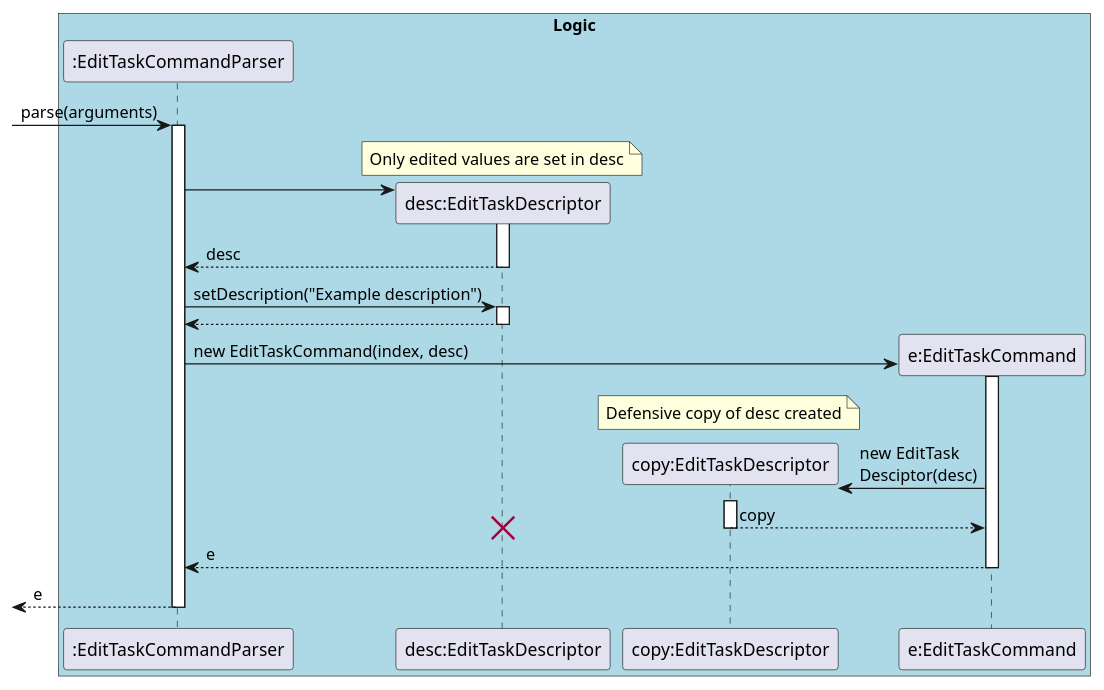
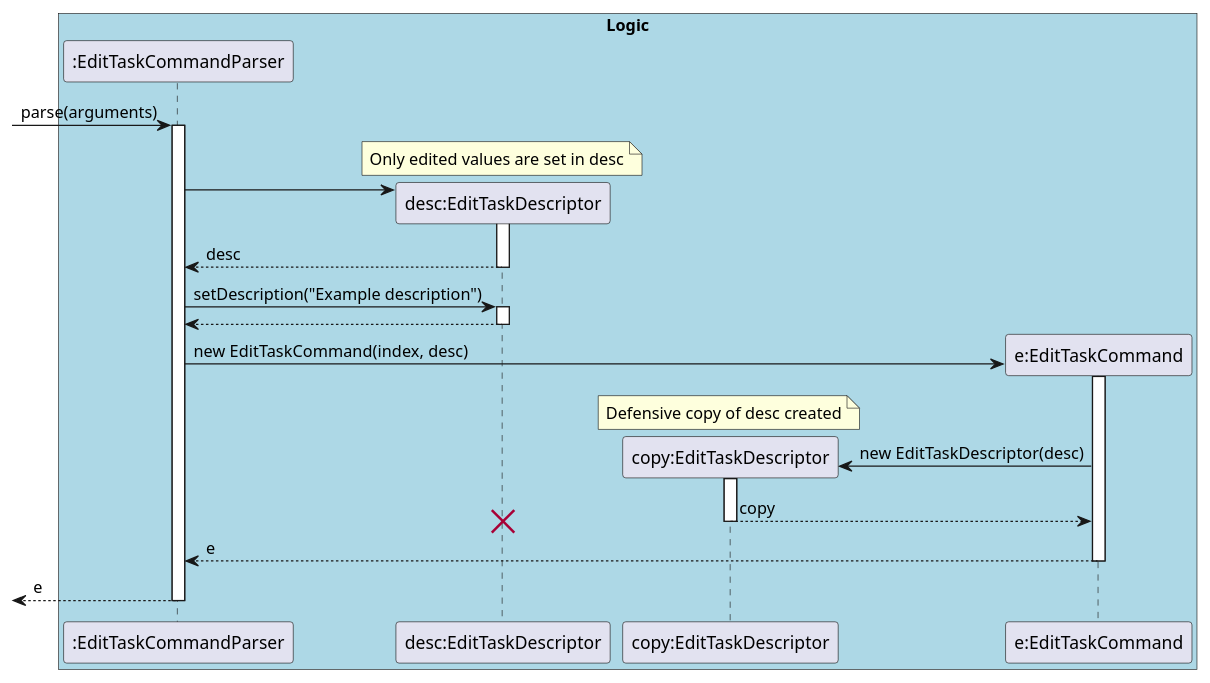
Before and after one commit to nus-cs2103-AY2122S1/tp: the diagram in docs/diagrams/EditTaskCommandParse.puml, drawn with PlantUML. The commit also changed 1 other file, not shown here.

Commit message:
Fix diagram typo

```diff
--- a/docs/diagrams/EditTaskCommandParse.puml
+++ b/docs/diagrams/EditTaskCommandParse.puml
@@ -1,39 +1,39 @@
 @startuml
 autoactivate on
 box "Logic" #LightBlue
 participant ":EditTaskCommandParser" as ETCP
 participant "desc:EditTaskDescriptor" as ed
 participant "copy:EditTaskDescriptor" as copy
 participant "e:EditTaskCommand" as e
 end box
 
 
 [-> ETCP : parse(arguments)
 
 
 
 note over ed
 Only edited values are set in desc
 end note
 
 
 ETCP -> ed ** :
 activate ed
 return desc
 ETCP -> ed ++: setDescription("Example description")
 return
 
 ETCP -> e ** : new EditTaskCommand(index, desc)
 activate e
 
 note over copy
 Defensive copy of desc created
 end note
-e -> copy ** : new EditTask\nDesciptor(desc)
+e -> copy ** : new EditTaskDescriptor(desc)
 activate copy
 return copy
 destroy ed
 
 return e
 return e
 @enduml
```
